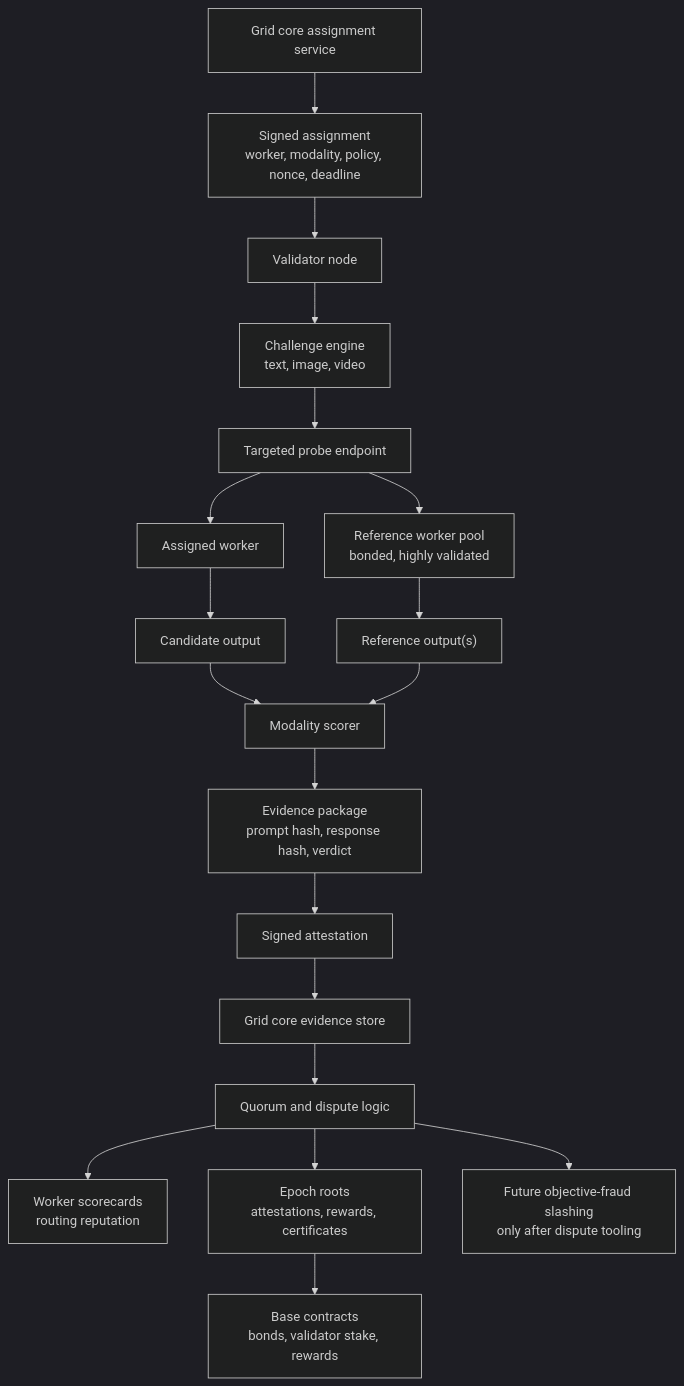
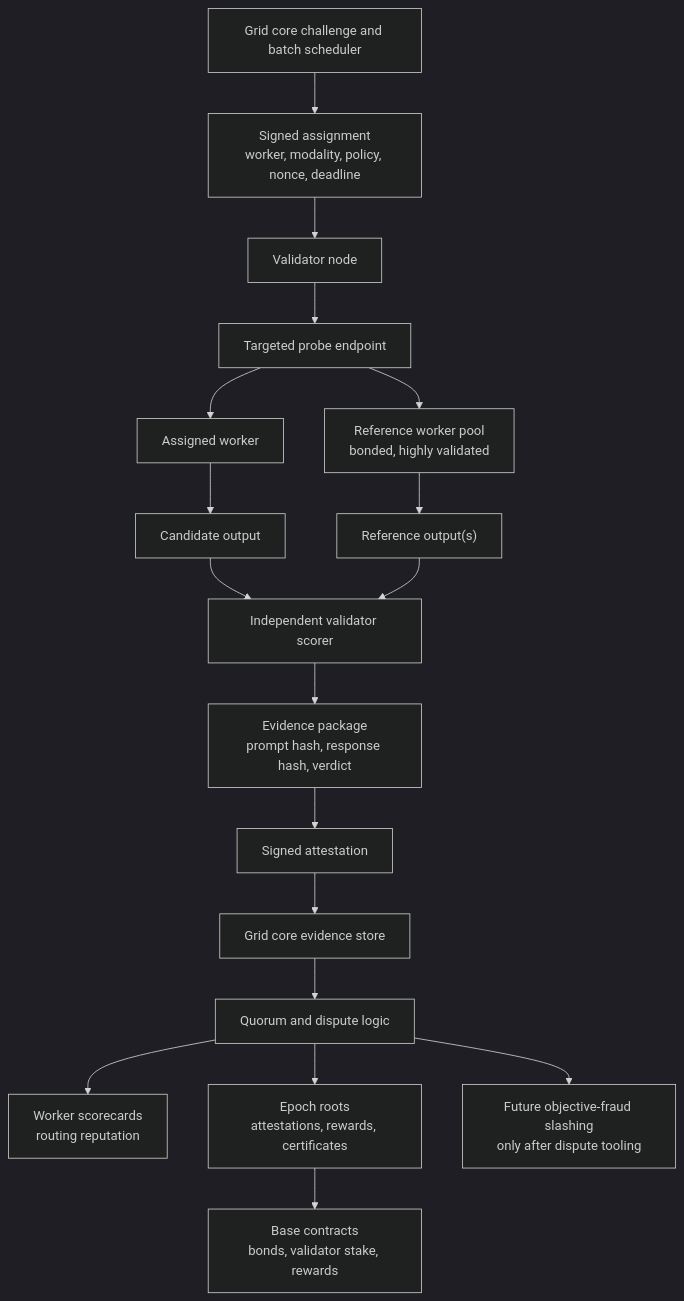
One commit to AIPowerGrid/grid-validator changed the diagram in DESIGN.md. Above: the diagram before and after it, drawn with Mermaid (dark theme). The commit also changed other lines of this file and 5 other files, not shown here.

````diff
--- a/DESIGN.md
+++ b/DESIGN.md
@@ -78,21 +84,20 @@
 ```mermaid
 flowchart TD
-  A["Grid core assignment service"] --> B["Signed assignment<br/>worker, modality, policy, nonce, deadline"]
+  A["Grid core challenge and batch scheduler"] --> B["Signed assignment<br/>worker, modality, policy, nonce, deadline"]
   B --> C["Validator node"]
-  C --> D["Challenge engine<br/>text, image, video"]
-  D --> E["Targeted probe endpoint"]
+  C --> E["Targeted probe endpoint"]
   E --> F["Assigned worker"]
   E --> G["Reference worker pool<br/>bonded, highly validated"]
   F --> H["Candidate output"]
   G --> I["Reference output(s)"]
-  H --> J["Modality scorer"]
+  H --> J["Independent validator scorer"]
   I --> J
   J --> K["Evidence package<br/>prompt hash, response hash, verdict"]
   K --> L["Signed attestation"]
   L --> M["Grid core evidence store"]
   M --> N["Quorum and dispute logic"]
   N --> O["Worker scorecards<br/>routing reputation"]
   N --> P["Epoch roots<br/>attestations, rewards, certificates"]
   P --> Q["Base contracts<br/>bonds, validator stake, rewards"]
   N --> R["Future objective-fraud slashing<br/>only after dispute tooling"]
 ```
````
